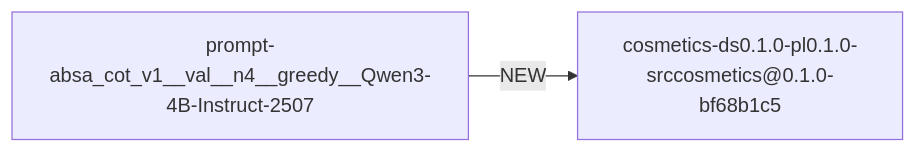
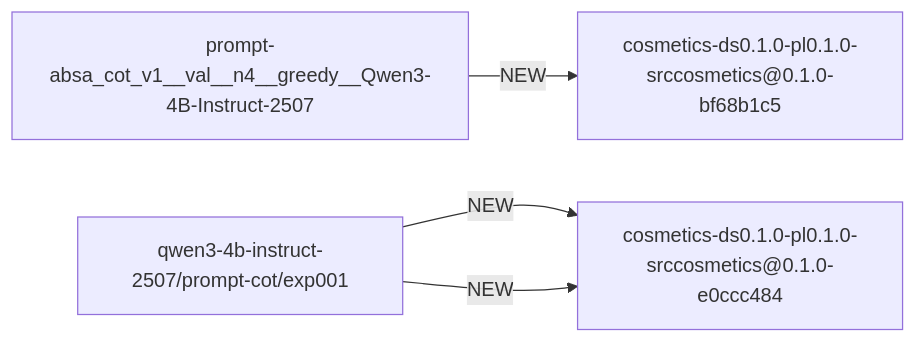
The diagram in data/reports/experiment_registry/experiment_registry.md (TrieuKhac-dev/SentimentX), drawn with Mermaid before and after one commit. The commit also changed 10 other files, not shown here.

````diff
--- a/data/reports/experiment_registry/experiment_registry.md
+++ b/data/reports/experiment_registry/experiment_registry.md
@@ -3,6 +3,10 @@
 ```mermaid
 graph LR
   n1["prompt-absa_cot_v1__val__n4__greedy__Qwen3-4B-Instruct-2507"]
   n2["cosmetics-ds0.1.0-pl0.1.0-srccosmetics@0.1.0-bf68b1c5"]
+  n3["qwen3-4b-instruct-2507/prompt-cot/exp001"]
+  n4["cosmetics-ds0.1.0-pl0.1.0-srccosmetics@0.1.0-e0ccc484"]
   n1 -->|NEW| n2
+  n3 -->|NEW| n4
+  n3 -->|NEW| n4
 ```
````
